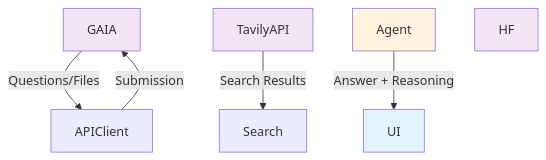
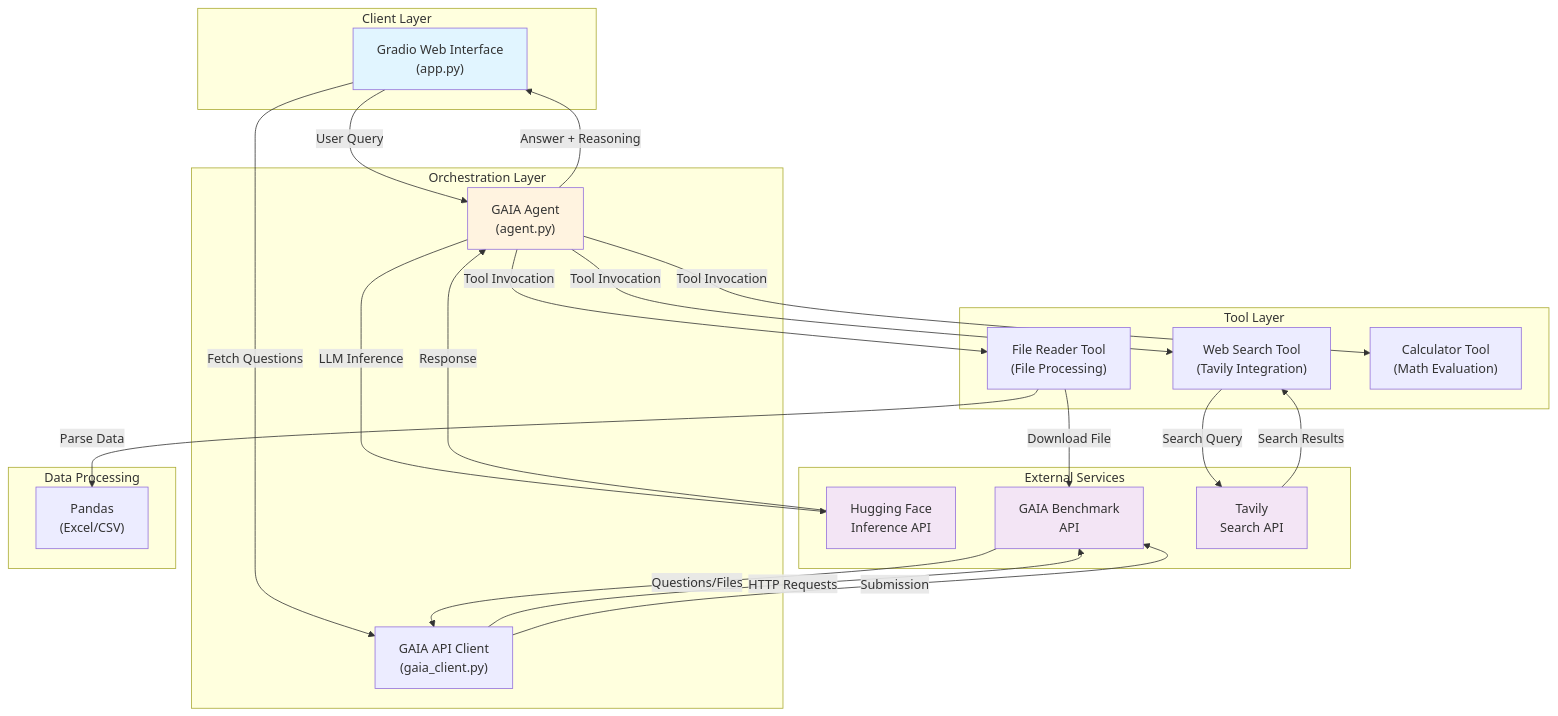
Before and after one commit to hasancoded/gaia-agent: the diagram in README.md, drawn with Mermaid.

Commit message:
fix: restore complete Mermaid diagram content

````diff
--- a/README.md
+++ b/README.md
@@ -28,14 +28,53 @@
 ```mermaid
 graph TB
+    subgraph Client["Client Layer"]
+        UI["Gradio Web Interface<br/>(app.py)"]
+    end
+
+    subgraph Orchestration["Orchestration Layer"]
+        Agent["GAIA Agent<br/>(agent.py)"]
+        APIClient["GAIA API Client<br/>(gaia_client.py)"]
+    end
+
+    subgraph Tools["Tool Layer"]
+        Search["Web Search Tool<br/>(Tavily Integration)"]
+        FileReader["File Reader Tool<br/>(File Processing)"]
+        Calculator["Calculator Tool<br/>(Math Evaluation)"]
+    end
+
+    subgraph External["External Services"]
+        HF["Hugging Face<br/>Inference API"]
+        GAIA["GAIA Benchmark<br/>API"]
+        TavilyAPI["Tavily<br/>Search API"]
+    end
+
+    subgraph Processing["Data Processing"]
+        Pandas["Pandas<br/>(Excel/CSV)"]
+    end
+
+    UI -->|User Query| Agent
+    UI -->|Fetch Questions| APIClient
+
+    Agent -->|LLM Inference| HF
+    Agent -->|Tool Invocation| Search
+    Agent -->|Tool Invocation| FileReader
+    Agent -->|Tool Invocation| Calculator
+
+    APIClient -->|HTTP Requests| GAIA
+    Search -->|Search Query| TavilyAPI
+    FileReader -->|Download File| GAIA
+    FileReader -->|Parse Data| Pandas
+
+    HF -->|Response| Agent
     GAIA -->|Questions/Files| APIClient
     TavilyAPI -->|Search Results| Search
 
     Agent -->|Answer + Reasoning| UI
     APIClient -->|Submission| GAIA
 
     style UI fill:#e1f5ff
     style Agent fill:#fff3e0
     style HF fill:#f3e5f5
     style GAIA fill:#f3e5f5
     style TavilyAPI fill:#f3e5f5
 ```
````
